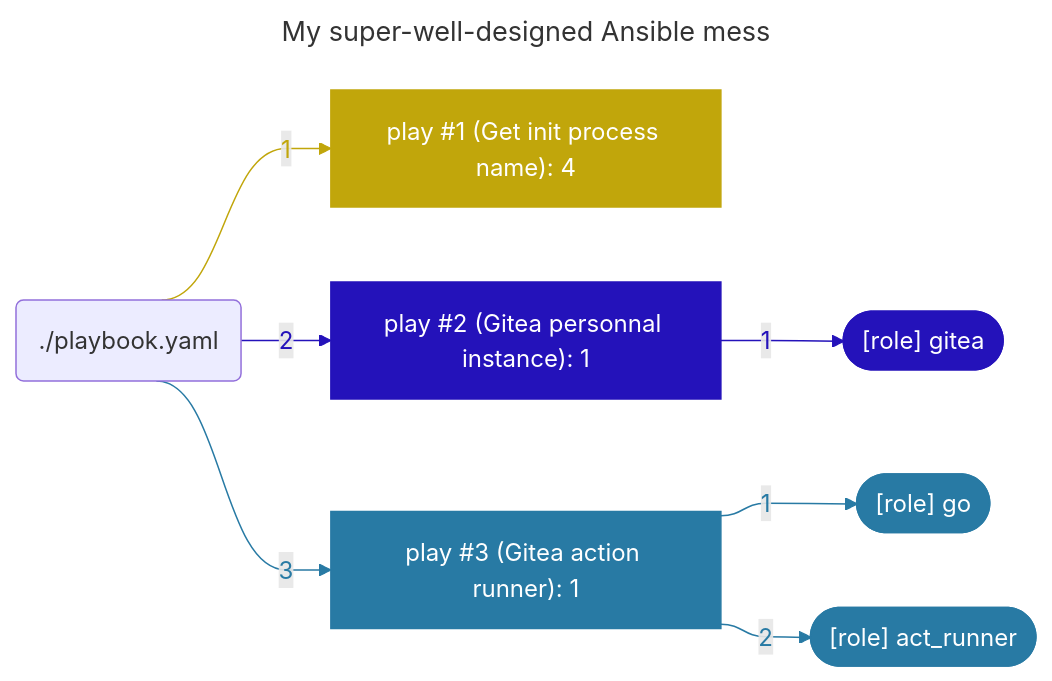
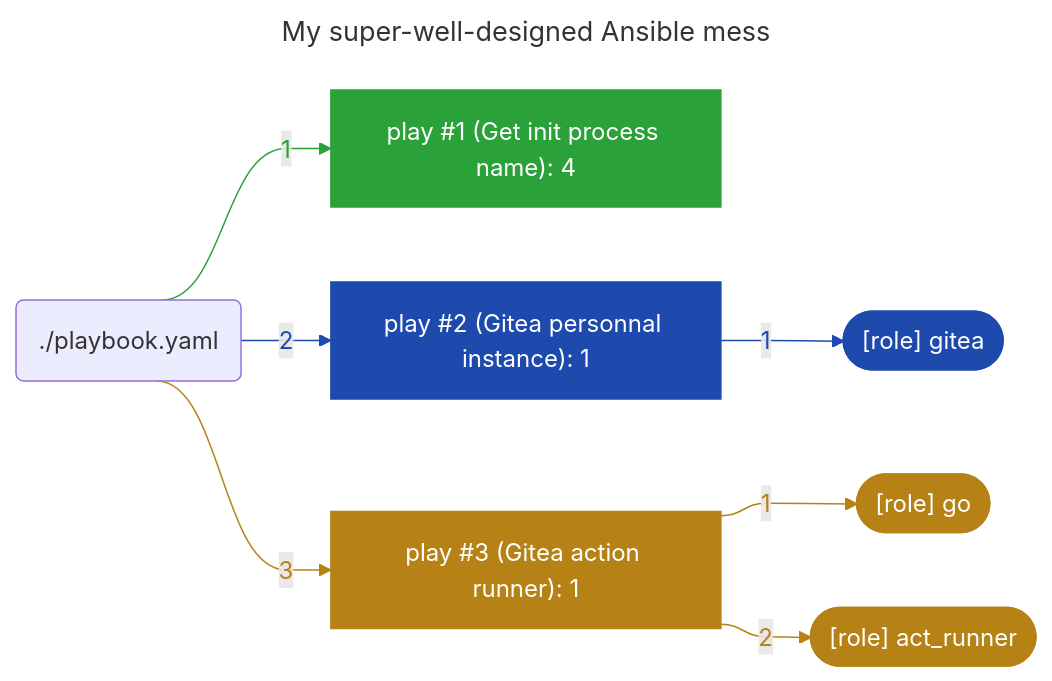
Before and after one commit to boyreau/boyreau: the diagram in README.md, drawn with Mermaid.

Commit message:
profile graph automatic update

````diff
--- a/README.md
+++ b/README.md
@@ -48,47 +48,47 @@
 ```mermaid
 ---
 title: "My super-well-designed Ansible mess"
 ---
 %%{ init: { "flowchart": { "curve": "bumpX" } } }%%
 flowchart LR
 	%% Start of the playbook './playbook.yaml'
-	playbook_22b90657("./playbook.yaml")
+	playbook_f0f51659("./playbook.yaml")
 		%% Start of the play 'play #1 (Get init process name): 4'
-		play_96fccf77["play #1 (Get init process name): 4"]
-		style play_96fccf77 stroke:#c1a60b,fill:#c1a60b,color:#ffffff
-		playbook_22b90657 --> |"1"| play_96fccf77
-		linkStyle 0 stroke:#c1a60b,color:#c1a60b
+		play_4bcc3439["play #1 (Get init process name): 4"]
+		style play_4bcc3439 stroke:#2aa239,fill:#2aa239,color:#ffffff
+		playbook_f0f51659 --> |"1"| play_4bcc3439
+		linkStyle 0 stroke:#2aa239,color:#2aa239
 		%% End of the play 'play #1 (Get init process name): 4'
 		%% Start of the play 'play #2 (Gitea personnal instance): 1'
-		play_d59cba4b["play #2 (Gitea personnal instance): 1"]
-		style play_d59cba4b stroke:#2412ba,fill:#2412ba,color:#ffffff
-		playbook_22b90657 --> |"2"| play_d59cba4b
-		linkStyle 1 stroke:#2412ba,color:#2412ba
+		play_39d04371["play #2 (Gitea personnal instance): 1"]
+		style play_39d04371 stroke:#1e4aae,fill:#1e4aae,color:#ffffff
+		playbook_f0f51659 --> |"2"| play_39d04371
+		linkStyle 1 stroke:#1e4aae,color:#1e4aae
 			%% Start of the role '[role] gitea'
-			play_d59cba4b --> |"1 "| role_49ff7bbe
-			linkStyle 2 stroke:#2412ba,color:#2412ba
-			role_49ff7bbe(["[role] gitea"])
-			style role_49ff7bbe fill:#2412ba,color:#ffffff,stroke:#2412ba
+			play_39d04371 --> |"1 "| role_aca34670
+			linkStyle 2 stroke:#1e4aae,color:#1e4aae
+			role_aca34670(["[role] gitea"])
+			style role_aca34670 fill:#1e4aae,color:#ffffff,stroke:#1e4aae
 			%% End of the role '[role] gitea'
 		%% End of the play 'play #2 (Gitea personnal instance): 1'
 		%% Start of the play 'play #3 (Gitea action runner): 1'
-		play_5796dcff["play #3 (Gitea action runner): 1"]
-		style play_5796dcff stroke:#287aa4,fill:#287aa4,color:#ffffff
-		playbook_22b90657 --> |"3"| play_5796dcff
-		linkStyle 3 stroke:#287aa4,color:#287aa4
+		play_ad7c5155["play #3 (Gitea action runner): 1"]
+		style play_ad7c5155 stroke:#b68216,fill:#b68216,color:#ffffff
+		playbook_f0f51659 --> |"3"| play_ad7c5155
+		linkStyle 3 stroke:#b68216,color:#b68216
 			%% Start of the role '[role] go'
-			play_5796dcff --> |"1 "| role_dd3ccb41
-			linkStyle 4 stroke:#287aa4,color:#287aa4
-			role_dd3ccb41(["[role] go"])
-			style role_dd3ccb41 fill:#287aa4,color:#ffffff,stroke:#287aa4
+			play_ad7c5155 --> |"1 "| role_5ad4b113
+			linkStyle 4 stroke:#b68216,color:#b68216
+			role_5ad4b113(["[role] go"])
+			style role_5ad4b113 fill:#b68216,color:#ffffff,stroke:#b68216
 			%% End of the role '[role] go'
 			%% Start of the role '[role] act_runner'
-			play_5796dcff --> |"2 "| role_ba64518d
-			linkStyle 5 stroke:#287aa4,color:#287aa4
-			role_ba64518d(["[role] act_runner"])
-			style role_ba64518d fill:#287aa4,color:#ffffff,stroke:#287aa4
+			play_ad7c5155 --> |"2 "| role_98009d2b
+			linkStyle 5 stroke:#b68216,color:#b68216
+			role_98009d2b(["[role] act_runner"])
+			style role_98009d2b fill:#b68216,color:#ffffff,stroke:#b68216
 			%% End of the role '[role] act_runner'
 		%% End of the play 'play #3 (Gitea action runner): 1'
 	%% End of the playbook './playbook.yaml'
 
 ```
````
